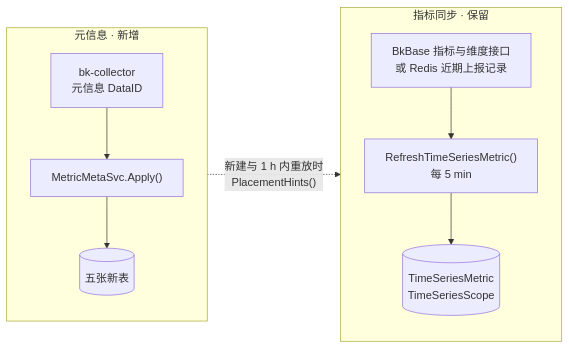
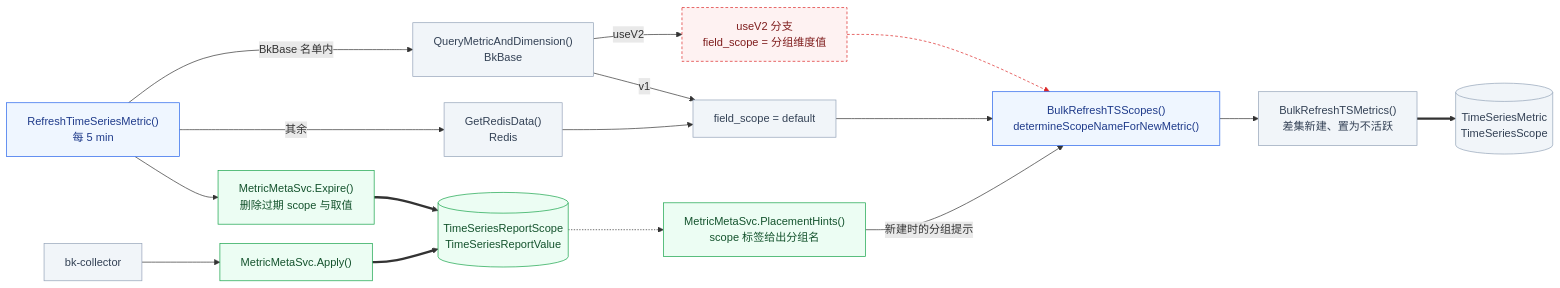
Diagram 11 of 28 in knowledge/bkmonitor/issues/2026-09-15-custom-metric-metadata/PLAN.md (ZhuoZhuoCrayon/ai-workspace), drawn with Mermaid before and after one commit. The commit also changed other lines of this file and 12 other files, not shown here.

Commit message:
docs(issue): switch custom metric metadata to value dedup plan with final retest

````diff
--- a/knowledge/bkmonitor/issues/2026-09-15-custom-metric-metadata/PLAN.md
+++ b/knowledge/bkmonitor/issues/2026-09-15-custom-metric-metadata/PLAN.md
@@ -562,14 +891,29 @@
 ```mermaid
+%%{init: {"flowchart": {"nodeSpacing": 28, "rankSpacing": 56, "wrappingWidth": 400}}}%%
 flowchart LR
-    subgraph Discovery["指标同步 · 保留"]
-        direction TB
-        Src["BkBase 指标与维度接口<br/>或 Redis 近期上报记录"] --> Refresh["RefreshTimeSeriesMetric()<br/>每 5 min"]
-        Refresh --> Metric[("TimeSeriesMetric<br/>TimeSeriesScope")]
-    end
-    subgraph MetaLine["元信息 · 新增"]
-        direction TB
-        Collector["bk-collector<br/>元信息 DataID"] --> Apply["MetricMetaSvc.Apply()"]
-        Apply --> New[("五张新表")]
-    end
-    New -.->|"新建与 1 h 内重放时<br/>PlacementHints()"| Refresh
+    Refresh["RefreshTimeSeriesMetric()<br/>每 5 min"] -->|"BkBase 名单内"| BkBase["QueryMetricAndDimension()<br/>BkBase"]
+    Refresh -->|"其余"| Redis["GetRedisData()<br/>Redis"]
+    BkBase -->|"useV2"| V2["useV2 分支<br/>field_scope = 分组维度值"]
+    BkBase -->|"v1"| V1["field_scope = default"]
+    Redis --> V1
+    V1 --> Scopes["BulkRefreshTSScopes()<br/>determineScopeNameForNewMetric()"]
+    V2 -.-> Scopes
+    Scopes --> Metrics["BulkRefreshTSMetrics()<br/>差集新建、置为不活跃"]
+    Metrics ==> TSM[("TimeSeriesMetric<br/>TimeSeriesScope")]
+    Refresh --> Expire["MetricMetaSvc.Expire()<br/>删除过期 scope 与取值"]
+    Collector["bk-collector"] --> Apply["MetricMetaSvc.Apply()"]
+    Apply ==> New[("TimeSeriesReportScope<br/>TimeSeriesReportValue")]
+    Expire ==> New
+    New -.-> Hints["MetricMetaSvc.PlacementHints()<br/>scope 标签给出分组名"]
+    Hints -->|"新建时的分组提示"| Scopes
+
+    classDef old fill:#f1f5f9,stroke:#94a3b8,color:#334155
+    classDef add fill:#ecfdf3,stroke:#16a34a,color:#14532d
+    classDef change fill:#eff6ff,stroke:#2563eb,color:#1e3a8a
+    classDef del fill:#fef2f2,stroke:#dc2626,color:#7f1d1d,stroke-dasharray:4 3
+    class BkBase,Redis,V1,Metrics,TSM,Collector old
+    class Refresh,Scopes change
+    class Apply,New,Expire,Hints add
+    class V2 del
+    linkStyle 6 stroke:#dc2626,stroke-dasharray:4 3
 ```
````
